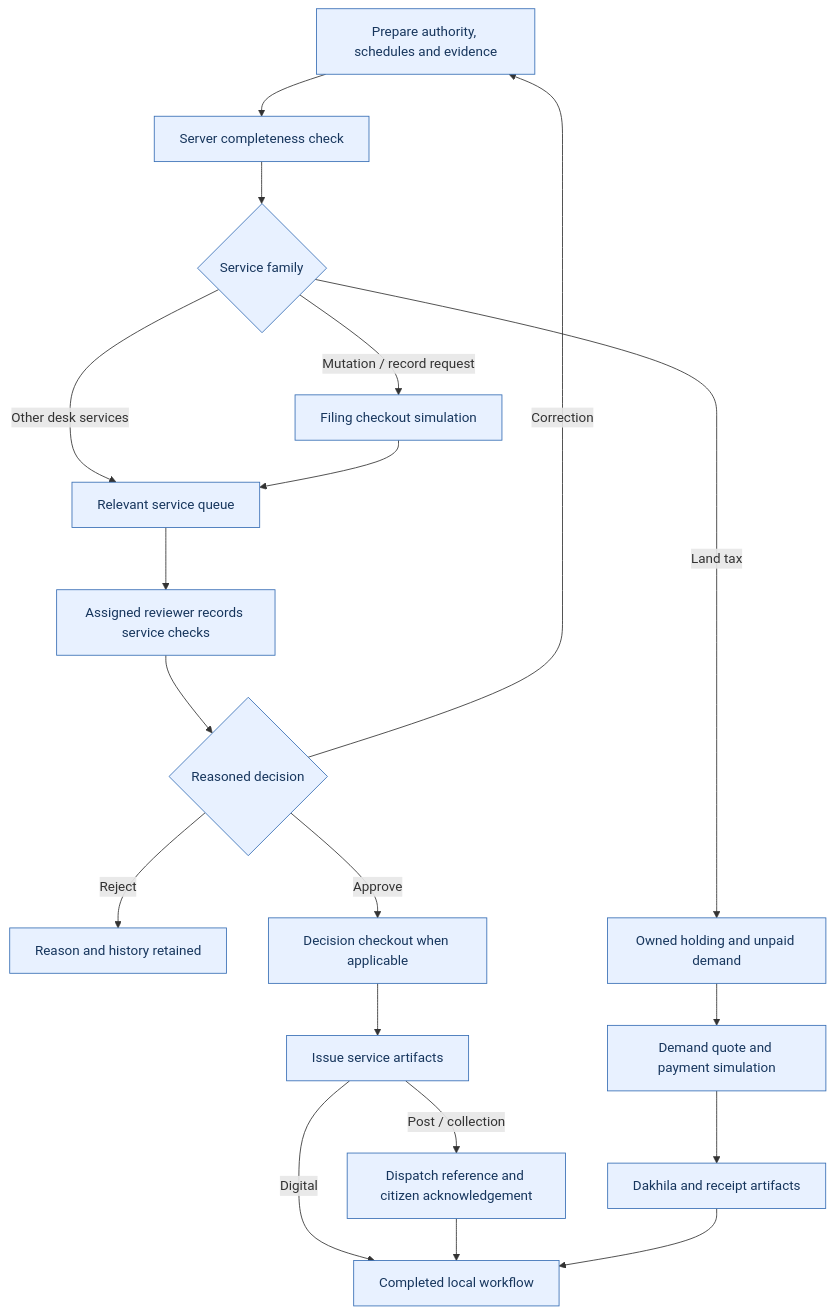
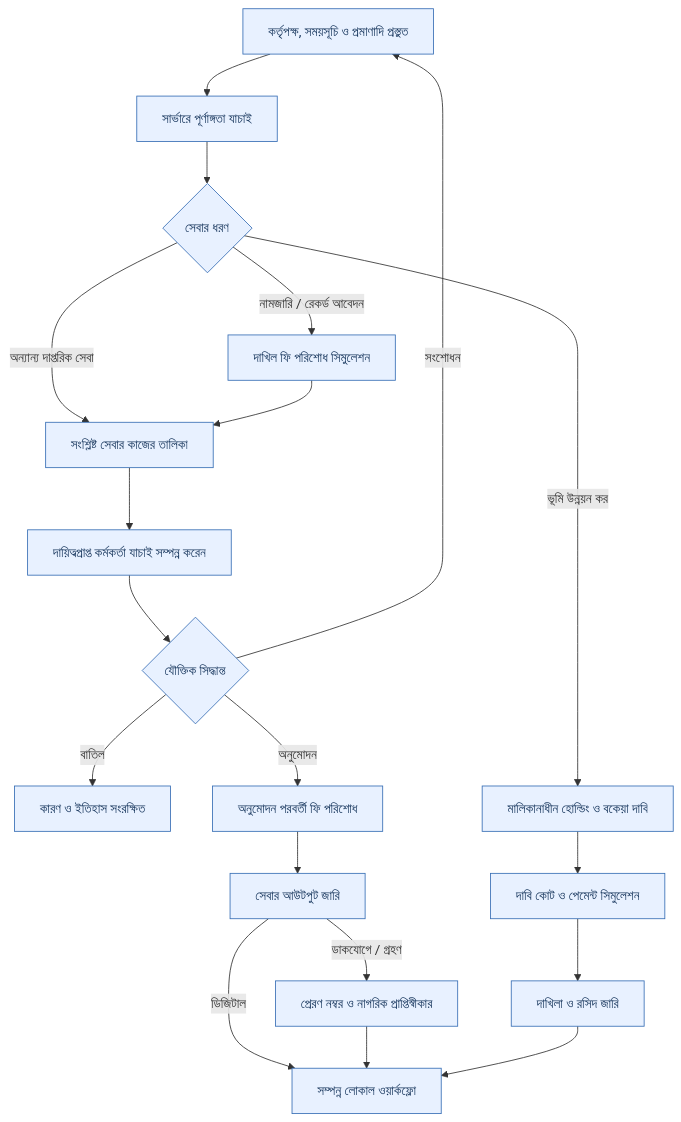
The second of 3 diagrams in README.md (Shreyalien/E-Bhumi), drawn with Mermaid before and after one commit. The commit also changed other lines of this file, not shown here.

Commit message:
Translate README to Bangla while preserving screenshots and architecture diagrams

````diff
--- a/README.md
+++ b/README.md
@@ -229,23 +229,23 @@
 ```mermaid
 flowchart TD
-    P[Prepare authority, schedules and evidence] --> C[Server completeness check]
-    C --> M{Service family}
-    M -->|Mutation / record request| F[Filing checkout simulation]
-    M -->|Other desk services| Q[Relevant service queue]
+    P["কর্তৃপক্ষ, সময়সূচি ও প্রমাণাদি প্রস্তুত"] --> C["সার্ভারে পূর্ণাঙ্গতা যাচাই"]
+    C --> M{"সেবার ধরণ"}
+    M -->|নামজারি / রেকর্ড আবেদন| F["দাখিল ফি পরিশোধ সিমুলেশন"]
+    M -->|অন্যান্য দাপ্তরিক সেবা| Q["সংশ্লিষ্ট সেবার কাজের তালিকা"]
     F --> Q
-    Q --> R[Assigned reviewer records service checks]
-    R --> X{Reasoned decision}
-    X -->|Correction| P
-    X -->|Reject| J[Reason and history retained]
-    X -->|Approve| D[Decision checkout when applicable]
-    D --> O[Issue service artifacts]
-    O -->|Digital| END[Completed local workflow]
-    O -->|Post / collection| A[Dispatch reference and citizen acknowledgement]
+    Q --> R["দায়িত্বপ্রাপ্ত কর্মকর্তা যাচাই সম্পন্ন করেন"]
+    R --> X{"যৌক্তিক সিদ্ধান্ত"}
+    X -->|সংশোধন| P
+    X -->|বাতিল| J["কারণ ও ইতিহাস সংরক্ষিত"]
+    X -->|অনুমোদন| D["অনুমোদন পরবর্তী ফি পরিশোধ"]
+    D --> O["সেবার আউটপুট জারি"]
+    O -->|ডিজিটাল| END["সম্পন্ন লোকাল ওয়ার্কফ্লো"]
+    O -->|ডাকযোগে / গ্রহণ| A["প্রেরণ নম্বর ও নাগরিক প্রাপ্তিস্বীকার"]
     A --> END
-    M -->|Land tax| H[Owned holding and unpaid demand]
-    H --> T[Demand quote and payment simulation]
-    T --> K[Dakhila and receipt artifacts]
+    M -->|ভূমি উন্নয়ন কর| H["মালিকানাধীন হোল্ডিং ও বকেয়া দাবি"]
+    H --> T["দাবি কোট ও পেমেন্ট সিমুলেশন"]
+    T --> K["দাখিলা ও রসিদ জারি"]
     K --> END
     classDef blue fill:#e8f1ff,stroke:#376eb5,color:#17365d;
     class P,C,M,F,Q,R,X,J,D,O,A,END,H,T,K blue;
 ```
````
